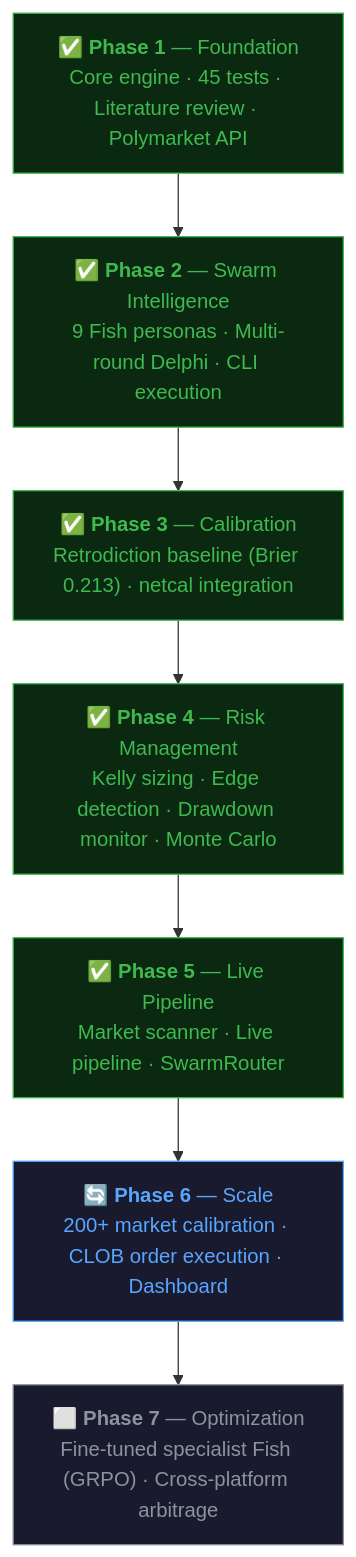
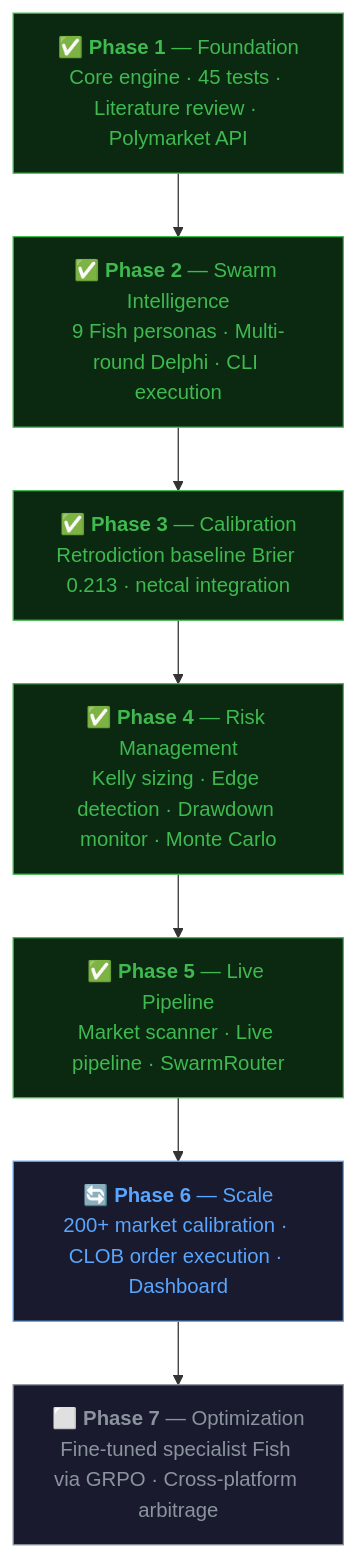
One commit to ksk5429/quant changed the fourth of 4 diagrams in README.md. Above: the diagram before and after it, drawn with Mermaid. The commit also changed other lines of this file, not shown here.

````diff
--- a/README.md
+++ b/README.md
@@ -357,20 +401,20 @@
 ```mermaid
 graph TD
     P1["✅ <b>Phase 1</b> — Foundation<br/>Core engine · 45 tests · Literature review · Polymarket API"]
     P2["✅ <b>Phase 2</b> — Swarm Intelligence<br/>9 Fish personas · Multi-round Delphi · CLI execution"]
-    P3["✅ <b>Phase 3</b> — Calibration<br/>Retrodiction baseline (Brier 0.213) · netcal integration"]
+    P3["✅ <b>Phase 3</b> — Calibration<br/>Retrodiction baseline Brier 0.213 · netcal integration"]
     P4["✅ <b>Phase 4</b> — Risk Management<br/>Kelly sizing · Edge detection · Drawdown monitor · Monte Carlo"]
     P5["✅ <b>Phase 5</b> — Live Pipeline<br/>Market scanner · Live pipeline · SwarmRouter"]
     P6["🔄 <b>Phase 6</b> — Scale<br/>200+ market calibration · CLOB order execution · Dashboard"]
-    P7["⬜ <b>Phase 7</b> — Optimization<br/>Fine-tuned specialist Fish (GRPO) · Cross-platform arbitrage"]
+    P7["⬜ <b>Phase 7</b> — Optimization<br/>Fine-tuned specialist Fish via GRPO · Cross-platform arbitrage"]
 
     P1 --> P2 --> P3 --> P4 --> P5 --> P6 --> P7
 
     style P1 fill:#0a2910,stroke:#3fb950,color:#3fb950
     style P2 fill:#0a2910,stroke:#3fb950,color:#3fb950
     style P3 fill:#0a2910,stroke:#3fb950,color:#3fb950
     style P4 fill:#0a2910,stroke:#3fb950,color:#3fb950
     style P5 fill:#0a2910,stroke:#3fb950,color:#3fb950
     style P6 fill:#1a1a2e,stroke:#58a6ff,color:#58a6ff
     style P7 fill:#1a1a2e,stroke:#8b949e,color:#8b949e
 ```
````
